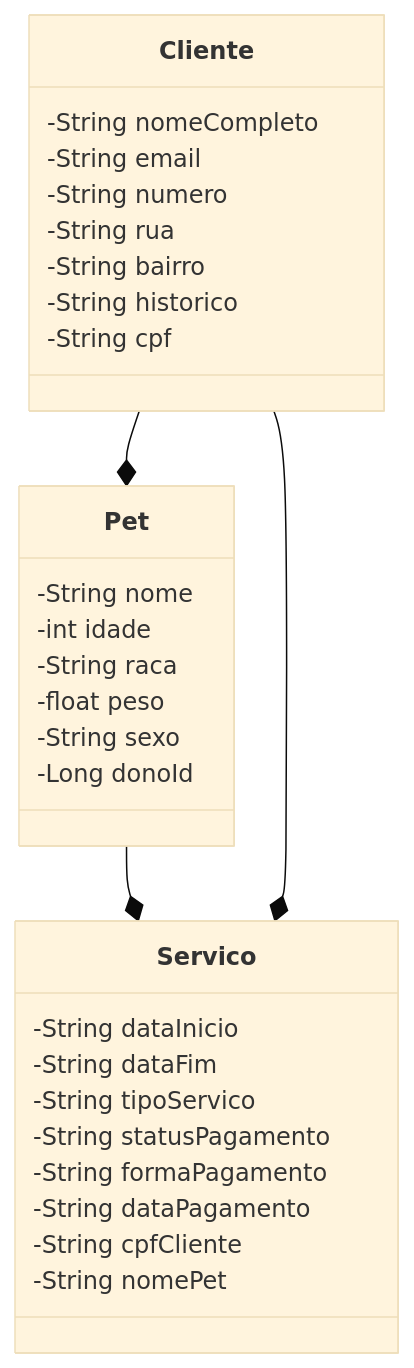
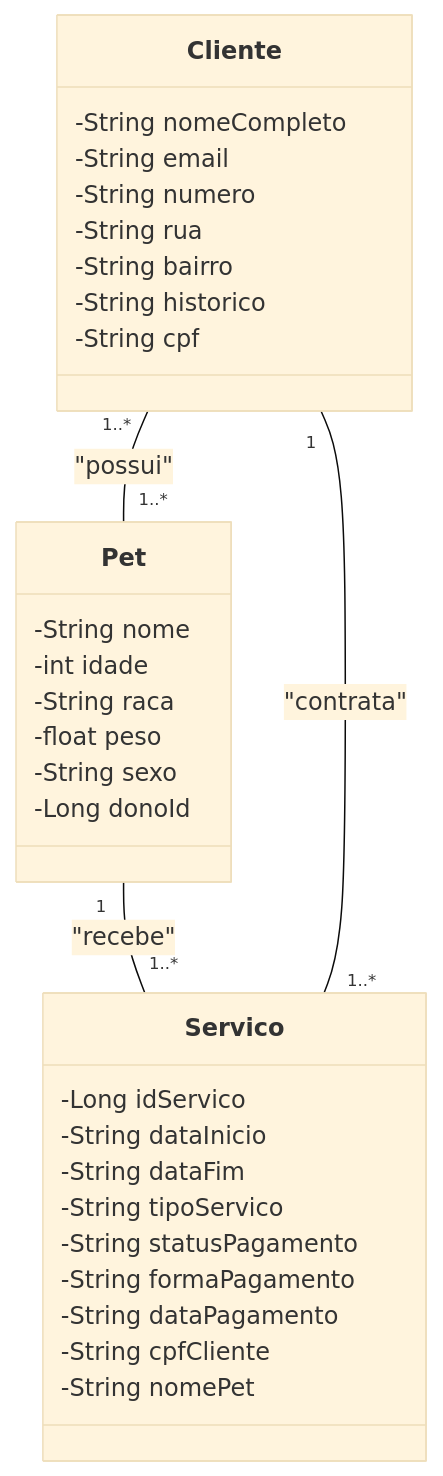
One commit to lucascalado0/minha-api-gestao changed the diagram in README.md. Above: the diagram before and after it, drawn with Mermaid (base theme).

Commit message:
atualizando diagrama de classes do projeto

````diff
--- a/README.md
+++ b/README.md
@@ -6,39 +6,38 @@
 ```mermaid
 classDiagram
     class Cliente {
         -String nomeCompleto
         -String email
         -String numero
         -String rua
         -String bairro
         -String historico
         -String cpf
     }
 
     class Pet {
         -String nome
         -int idade
         -String raca
         -float peso
         -String sexo
         -Long donoId
     }
 
     class Servico {
+        -Long idServico
         -String dataInicio
         -String dataFim
         -String tipoServico
         -String statusPagamento
         -String formaPagamento
         -String dataPagamento
         -String cpfCliente
         -String nomePet
     }
 
-    Cliente --* Pet
-    Pet --* Servico
-    Cliente --* Servico
-
-
+    Cliente "1..*" -- "1..*" Pet : "possui"
+    Pet "1" -- "1..*" Servico : "recebe"
+    Cliente "1" -- "1..*" Servico : "contrata"
 
 ```
````
